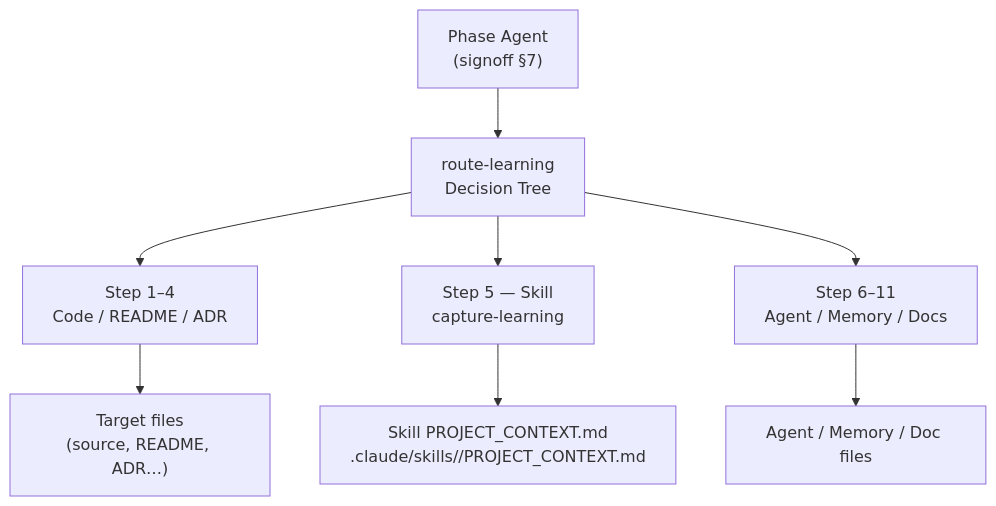
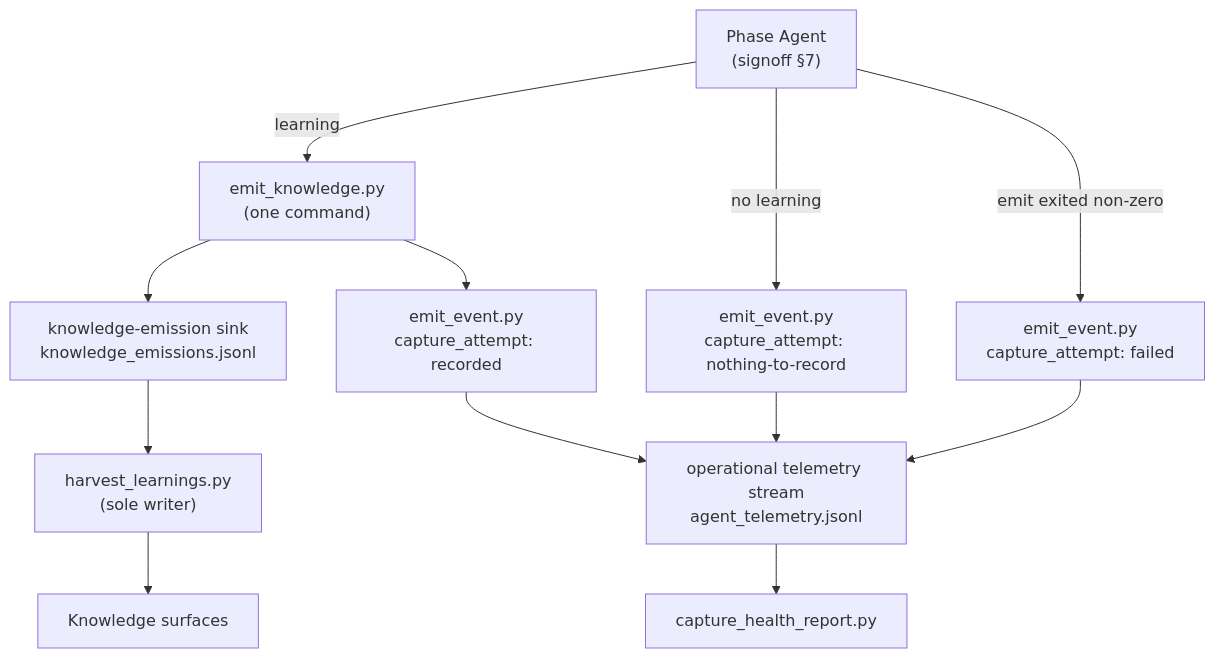
Before and after one commit to urlmonitor/leafcutter-ai: the diagram in docs/architecture/agent_knowledge_system.md, drawn with Mermaid. The commit also changed other lines of this file and 10 other files, not shown here.

````diff
--- a/docs/architecture/agent_knowledge_system.md
+++ b/docs/architecture/agent_knowledge_system.md
@@ -28,10 +34,14 @@
 ```mermaid
 flowchart TD
-    Agent["Phase Agent\n(signoff §7)"] --> RouteSkill["route-learning\nDecision Tree"]
-    RouteSkill --> Step1["Step 1–4\nCode / README / ADR"]
-    RouteSkill --> CaptureSkill["Step 5 — Skill\ncapture-learning"]
-    RouteSkill --> Step6["Step 6–11\nAgent / Memory / Docs"]
-    CaptureSkill --> SkillContext["Skill PROJECT_CONTEXT.md\n.claude/skills/<name>/PROJECT_CONTEXT.md"]
-    Step1 --> TargetFiles["Target files\n(source, README, ADR…)"]
-    Step6 --> AgentFiles["Agent / Memory / Doc files"]
+    Agent["Phase Agent\n(signoff §7)"] -->|"learning"| Emit["emit_knowledge.py\n(one command)"]
+    Agent -->|"no learning"| Nothing["emit_event.py\ncapture_attempt: nothing-to-record"]
+    Agent -->|"emit exited non-zero"| Failed["emit_event.py\ncapture_attempt: failed"]
+    Emit --> Sink["knowledge-emission sink\nknowledge_emissions.jsonl"]
+    Emit --> Recorded["emit_event.py\ncapture_attempt: recorded"]
+    Nothing --> Telemetry["operational telemetry stream\nagent_telemetry.jsonl"]
+    Failed --> Telemetry
+    Recorded --> Telemetry
+    Sink --> Harvester["harvest_learnings.py\n(sole writer)"]
+    Harvester --> Surfaces["Knowledge surfaces"]
+    Telemetry --> Report["capture_health_report.py"]
 ```
````
